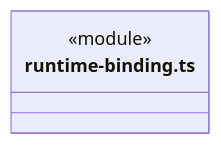
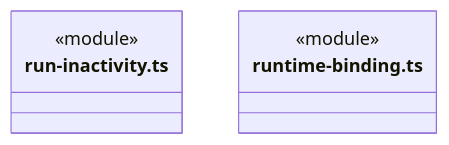
Before and after one commit to nan023062/cbim: the second of 5 diagrams in src/logic/execution/engines/ARCHITECTURE.md, drawn with Mermaid. The commit also changed other lines of this file and 57 other files, not shown here.

````diff
--- a/src/logic/execution/engines/ARCHITECTURE.md
+++ b/src/logic/execution/engines/ARCHITECTURE.md
@@ -48,6 +46,9 @@
 ```mermaid
 classDiagram
+class N_src_logic_execution_engines_run_inactivity_ts["run-inactivity.ts"] {
+  <<module>>
+}
 class N_src_logic_execution_engines_runtime_binding_ts["runtime-binding.ts"] {
   <<module>>
 }
 ```
````
